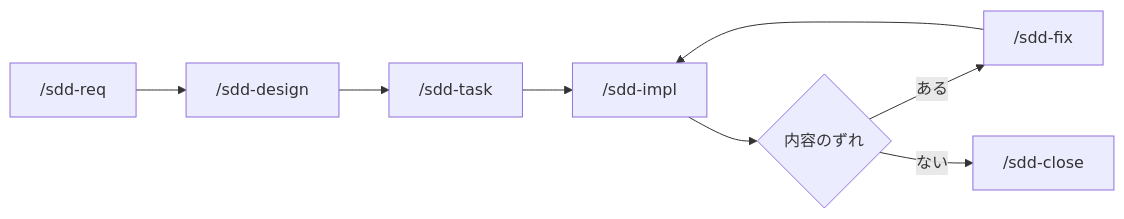
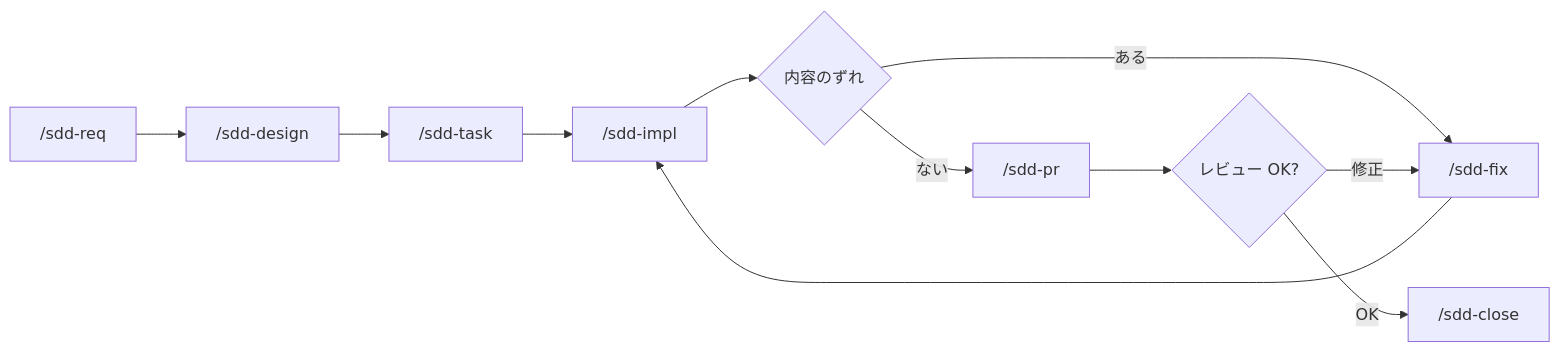
One commit to paterapatera/sdd-orc changed the third of 4 diagrams in README.ja.md. Above: the diagram before and after it, drawn with Mermaid. The commit also changed other lines of this file and 11 other files, not shown here.

First line of the commit message:
feat: /sdd-pr を追加し close 前に PR を開くフローに変更 (1.2.3) (#16)

````diff
--- a/README.ja.md
+++ b/README.ja.md
@@ -150,10 +150,13 @@
 ```mermaid
 flowchart LR
   R["/sdd-req"] --> D["/sdd-design"]
   D --> T["/sdd-task"]
   T --> I["/sdd-impl"]
   I --> F{内容のずれ}
   F -->|ある| X["/sdd-fix"]
   X --> I
-  F -->|ない| C["/sdd-close"]
+  F -->|ない| P["/sdd-pr"]
+  P --> Rv{レビュー OK?}
+  Rv -->|修正| X
+  Rv -->|OK| C["/sdd-close"]
 ```
````
